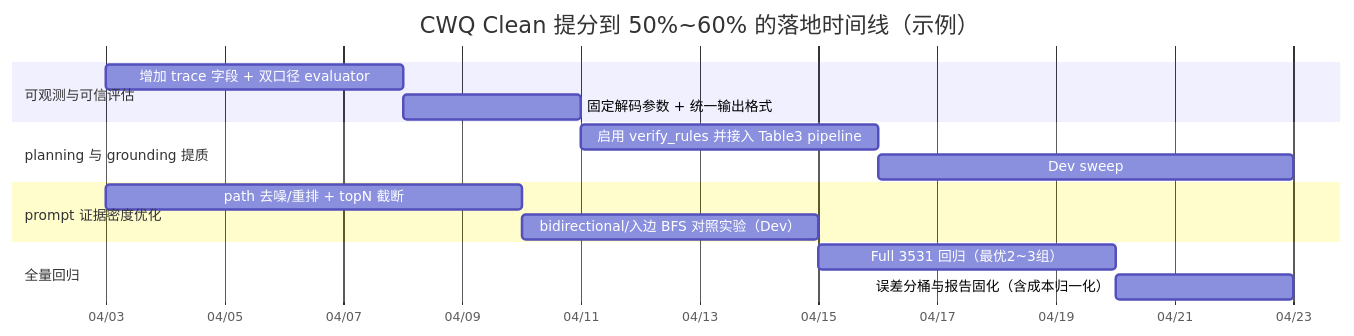
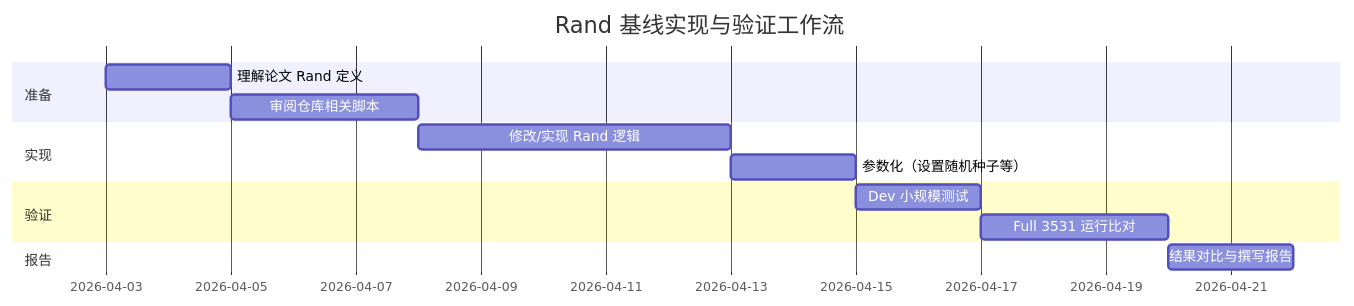
Before and after one commit to zzwf233/RoG-main-poisoning: the diagram in paper.md, drawn with Mermaid. The commit also changed other lines of this file, not shown here.

````diff
--- a/paper.md
+++ b/paper.md
@@ -308,22 +102,19 @@
 ```mermaid
 gantt
-  title CWQ Clean 提分到 50%~60% 的落地时间线（示例）
+  title Rand 基线实现与验证工作流
   dateFormat  YYYY-MM-DD
-  axisFormat  %m/%d
+  section 准备
+  理解论文 Rand 定义      :a1, 2026-04-03, 2d
+  审阅仓库相关脚本        :a2, after a1, 3d
 
-  section 可观测与可信评估
-  增加 trace 字段 + 双口径 evaluator      :a1, 2026-04-03, 5d
-  固定解码参数 + 统一输出格式              :a2, after a1, 3d
+  section 实现
+  修改/实现 Rand 逻辑     :b1, after a2, 5d
+  参数化（设置随机种子等）:b2, after b1, 2d
 
-  section planning 与 grounding 提质
-  启用 verify_rules 并接入 Table3 pipeline :b1, after a2, 5d
-  Dev sweep: beam + max_paths_per_rule     :b2, after b1, 7d
+  section 验证
+  Dev 小规模测试         :c1, after b2, 2d
+  Full 3531 运行比对      :c2, after c1, 3d
 
-  section prompt 证据密度优化
-  path 去噪/重排 + topN 截断               :c1, after b2, 7d
-  bidirectional/入边 BFS 对照实验（Dev）   :c2, after c1, 5d
-
-  section 全量回归
-  Full 3531 回归（最优2~3组）              :d1, after c2, 5d
-  误差分桶与报告固化（含成本归一化）        :d2, after d1, 3d
+  section 报告
+  结果对比与撰写报告      :d1, after c2, 2d
 ```
````
